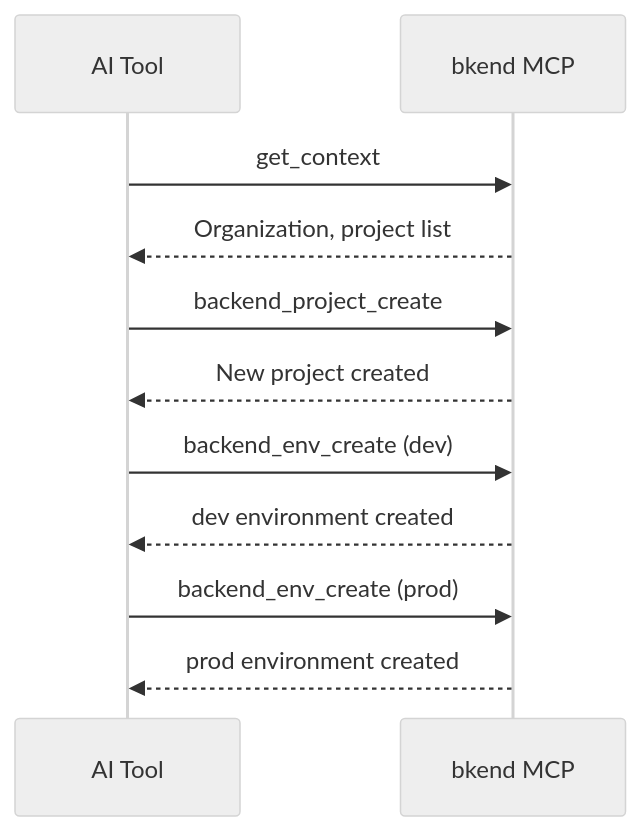
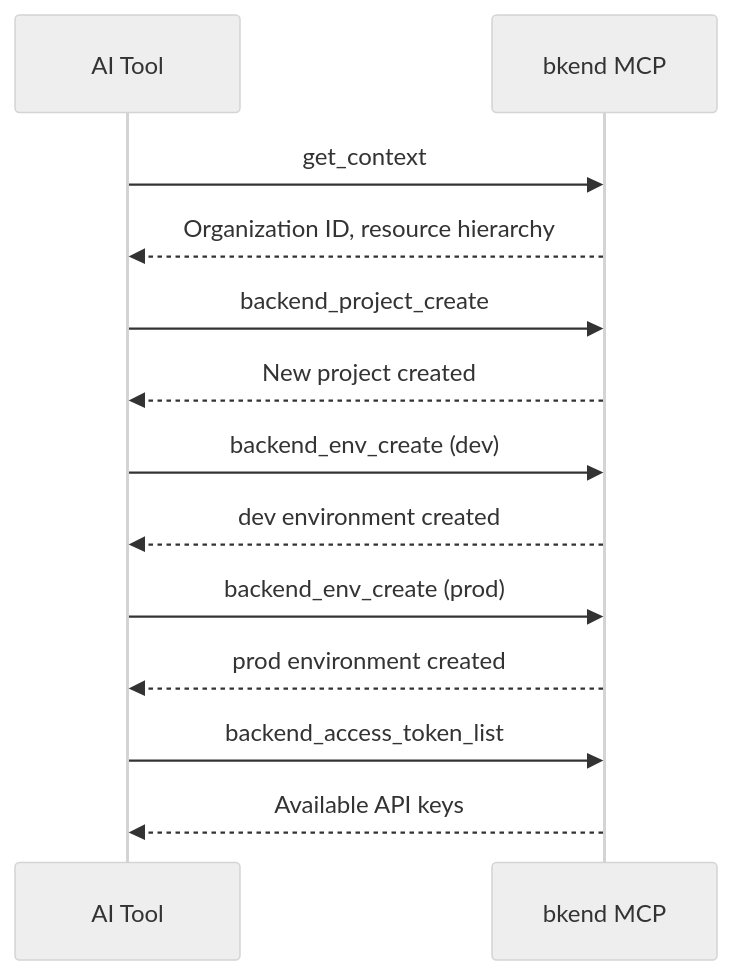
Before and after one commit to popup-studio-ai/bkend-docs: the second of 2 diagrams in en/mcp/03-project-tools.md, drawn with Mermaid (neutral theme). The commit also changed other lines of this file and 424 other files, not shown here.

````diff
--- a/en/mcp/03-project-tools.md
+++ b/en/mcp/03-project-tools.md
@@ -139,17 +184,20 @@
 ```mermaid
 sequenceDiagram
     participant AI as AI Tool
     participant MCP as bkend MCP
 
     AI->>MCP: get_context
-    MCP-->>AI: Organization, project list
+    MCP-->>AI: Organization ID, resource hierarchy
 
     AI->>MCP: backend_project_create
     MCP-->>AI: New project created
 
     AI->>MCP: backend_env_create (dev)
     MCP-->>AI: dev environment created
 
     AI->>MCP: backend_env_create (prod)
     MCP-->>AI: prod environment created
+
+    AI->>MCP: backend_access_token_list
+    MCP-->>AI: Available API keys
 ```
````
